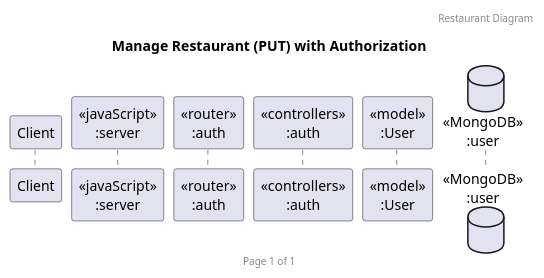
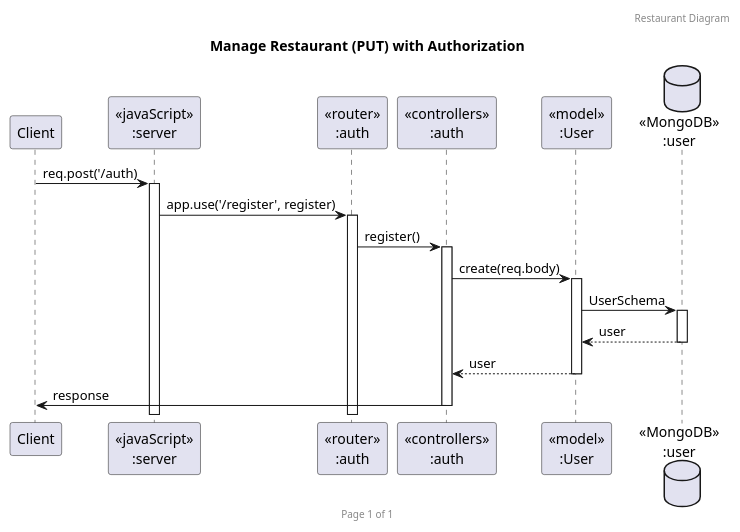
One commit to punchanabu/redrice-backend-express changed the diagram in uml/register.puml. Above: the diagram before and after it, drawn with PlantUML. The commit also changed 2 other files, not shown here.

Commit message:
fix resupdate,resdelete add register

```diff
--- a/uml/register.puml
+++ b/uml/register.puml
@@ -1,15 +1,21 @@
 @startuml
 header Restaurant Diagram
 footer Page %page% of %lastpage%
 title "Manage Restaurant (PUT) with Authorization"
 
 participant "Client" as client
 participant "<<javaScript>>\n:server" as server
 participant "<<router>>\n:auth" as routerAuth
 participant "<<controllers>>\n:auth" as controllersAuth
 participant "<<model>>\n:User" as modelUser
 database "<<MongoDB>>\n:user" as UserDatabase
 
-
-
+client->server ++:req.post('/auth)
+server->routerAuth++:app.use('/register', register)
+routerAuth->controllersAuth ++:register()
+controllersAuth->modelUser ++: create(req.body)
+modelUser ->UserDatabase ++: UserSchema
+UserDatabase --> modelUser --: user
+controllersAuth <-- modelUser --: user
+controllersAuth->client --:response
 @enduml
```
